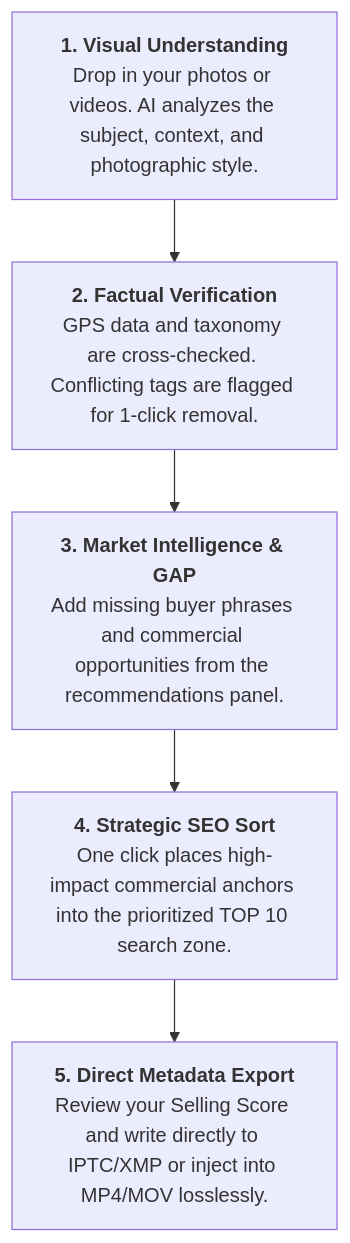
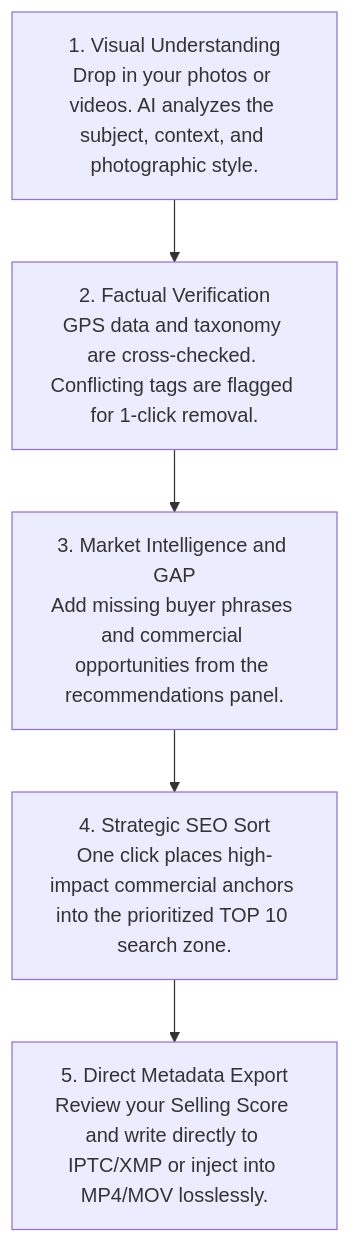
Before and after one commit to Artushfoto/ArtushVision-AI: the second of 2 diagrams in docs/microstock-seo-sales-engine.md, drawn with Mermaid. The commit also changed other lines of this file, not shown here.

````diff
--- a/docs/microstock-seo-sales-engine.md
+++ b/docs/microstock-seo-sales-engine.md
@@ -311,10 +188,10 @@
 ```mermaid
 flowchart TD
-    Step1["<b>1. Visual Understanding</b><br/>Drop in your photos or videos. AI analyzes the subject, context, and photographic style."]
-    Step2["<b>2. Factual Verification</b><br/>GPS data and taxonomy are cross-checked. Conflicting tags are flagged for 1-click removal."]
-    Step3["<b>3. Market Intelligence & GAP</b><br/>Add missing buyer phrases and commercial opportunities from the recommendations panel."]
-    Step4["<b>4. Strategic SEO Sort</b><br/>One click places high-impact commercial anchors into the prioritized TOP 10 search zone."]
-    Step5["<b>5. Direct Metadata Export</b><br/>Review your Selling Score and write directly to IPTC/XMP or inject into MP4/MOV losslessly."]
+    Step1["1. Visual Understanding<br>Drop in your photos or videos. AI analyzes the subject, context, and photographic style."]
+    Step2["2. Factual Verification<br>GPS data and taxonomy are cross-checked. Conflicting tags are flagged for 1-click removal."]
+    Step3["3. Market Intelligence and GAP<br>Add missing buyer phrases and commercial opportunities from the recommendations panel."]
+    Step4["4. Strategic SEO Sort<br>One click places high-impact commercial anchors into the prioritized TOP 10 search zone."]
+    Step5["5. Direct Metadata Export<br>Review your Selling Score and write directly to IPTC/XMP or inject into MP4/MOV losslessly."]
 
     Step1 --> Step2 --> Step3 --> Step4 --> Step5
 ```
````
